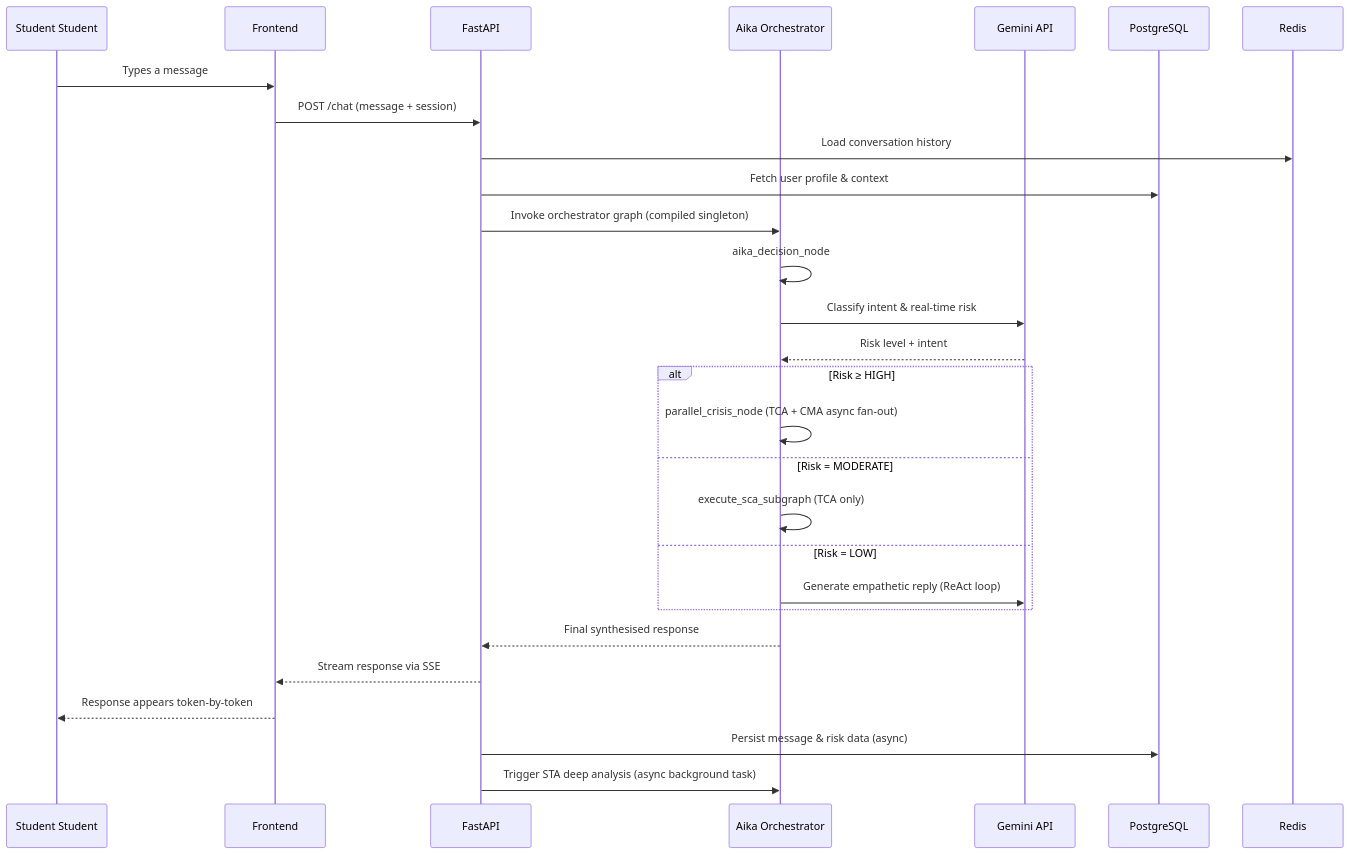
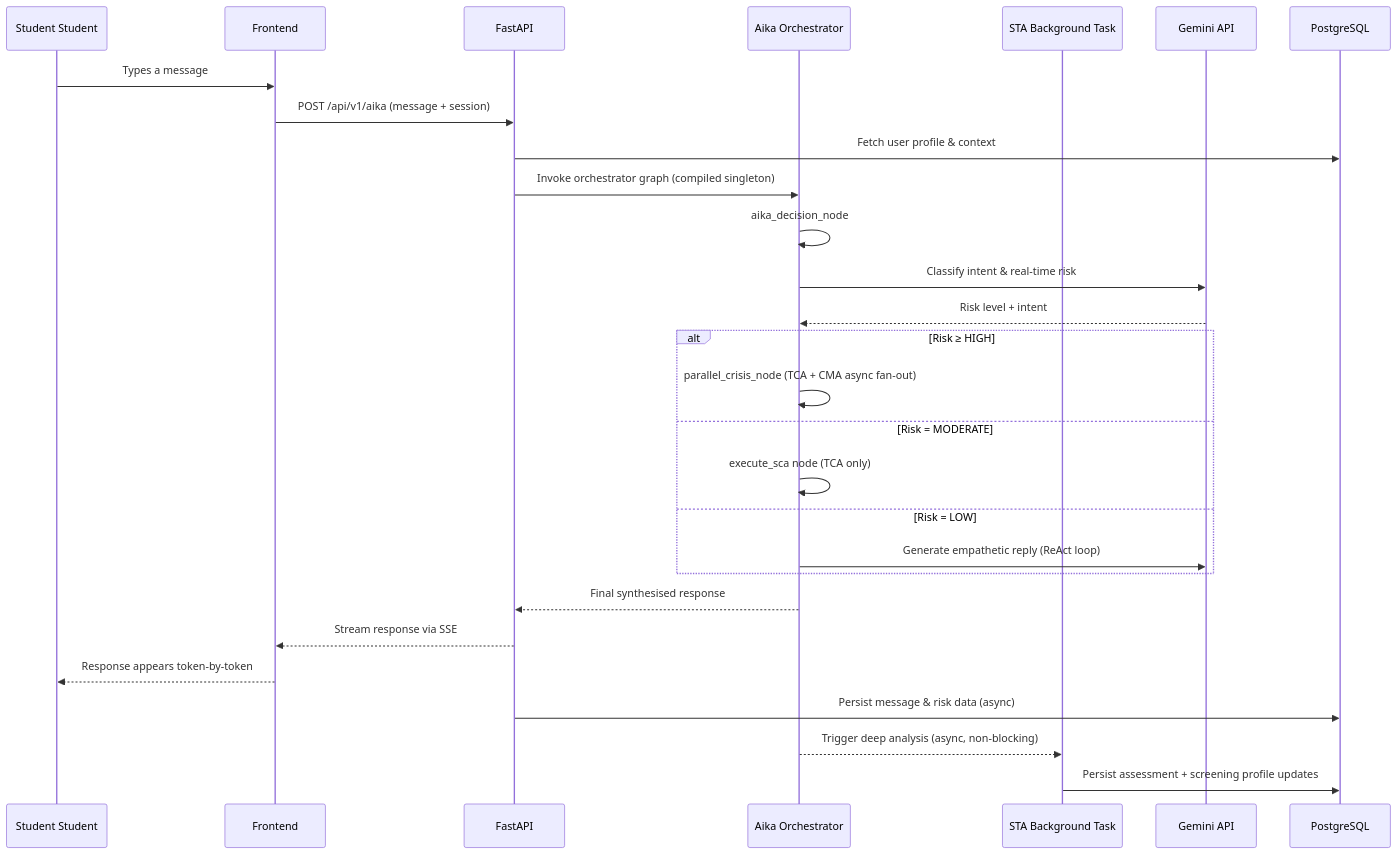
Before and after one commit to gigahidjrikaaa/UGM-AICare: the second of 2 diagrams in docs-site/docs/architecture/system-overview.md, drawn with Mermaid. The commit also changed other lines of this file and 14 other files, not shown here.

````diff
--- a/docs-site/docs/architecture/system-overview.md
+++ b/docs-site/docs/architecture/system-overview.md
@@ -110,31 +106,31 @@
 ```mermaid
 sequenceDiagram
  participant S as Student Student
  participant FE as Frontend
  participant API as FastAPI
  participant AIKA as Aika Orchestrator
+ participant STA as STA Background Task
  participant GEM as Gemini API
  participant DB as PostgreSQL
- participant REDIS as Redis
 
  S->>FE: Types a message
- FE->>API: POST /chat (message + session)
- API->>REDIS: Load conversation history
+ FE->>API: POST /api/v1/aika (message + session)
  API->>DB: Fetch user profile & context
  API->>AIKA: Invoke orchestrator graph (compiled singleton)
  AIKA->>AIKA: aika_decision_node
  AIKA->>GEM: Classify intent & real-time risk
  GEM-->>AIKA: Risk level + intent
  alt Risk ≥ HIGH
  AIKA->>AIKA: parallel_crisis_node (TCA + CMA async fan-out)
  else Risk = MODERATE
- AIKA->>AIKA: execute_sca_subgraph (TCA only)
+ AIKA->>AIKA: execute_sca node (TCA only)
  else Risk = LOW
  AIKA->>GEM: Generate empathetic reply (ReAct loop)
  end
  AIKA-->>API: Final synthesised response
  API-->>FE: Stream response via SSE
  FE-->>S: Response appears token-by-token
  API->>DB: Persist message & risk data (async)
- API->>AIKA: Trigger STA deep analysis (async background task)
+ AIKA-->>STA: Trigger deep analysis (async, non-blocking)
+ STA->>DB: Persist assessment + screening profile updates
 ```
````
